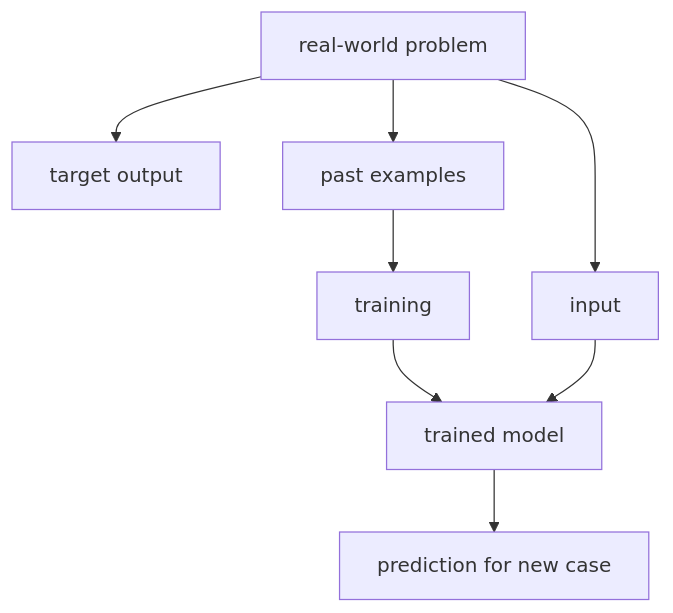
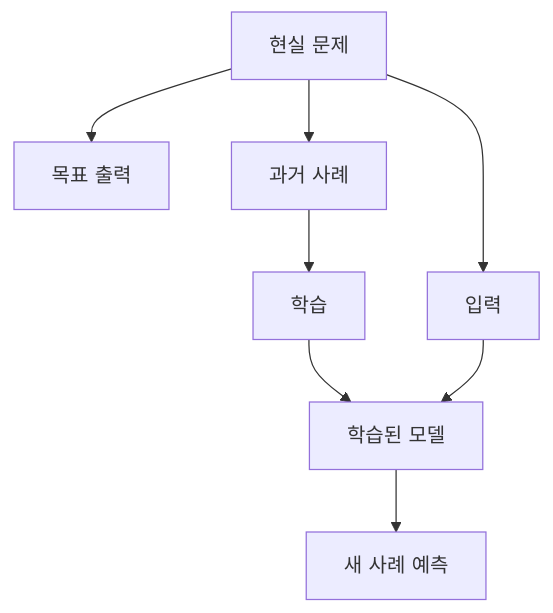
The diagram in docs/parts/part-01/chapter-04/section-02.md (devchan64/AiBook), drawn with Mermaid before and after one commit. The commit also changed other lines of this file and 13 other files, not shown here.

Commit message:
Translate Part 1 Korean diagrams

````diff
--- a/docs/parts/part-01/chapter-04/section-02.md
+++ b/docs/parts/part-01/chapter-04/section-02.md
@@ -85,13 +85,13 @@
 ```mermaid
 flowchart TD
-  R["real-world problem"]
+  R["현실 문제"]
 
-  R --> I["input"]
-  R --> T["target output"]
-  R --> D["past examples"]
+  R --> I["입력"]
+  R --> T["목표 출력"]
+  R --> D["과거 사례"]
 
-  D --> L["training"]
-  L --> M["trained model"]
+  D --> L["학습"]
+  L --> M["학습된 모델"]
   I --> M
-  M --> P["prediction for new case"]
+  M --> P["새 사례 예측"]
 ```
````
